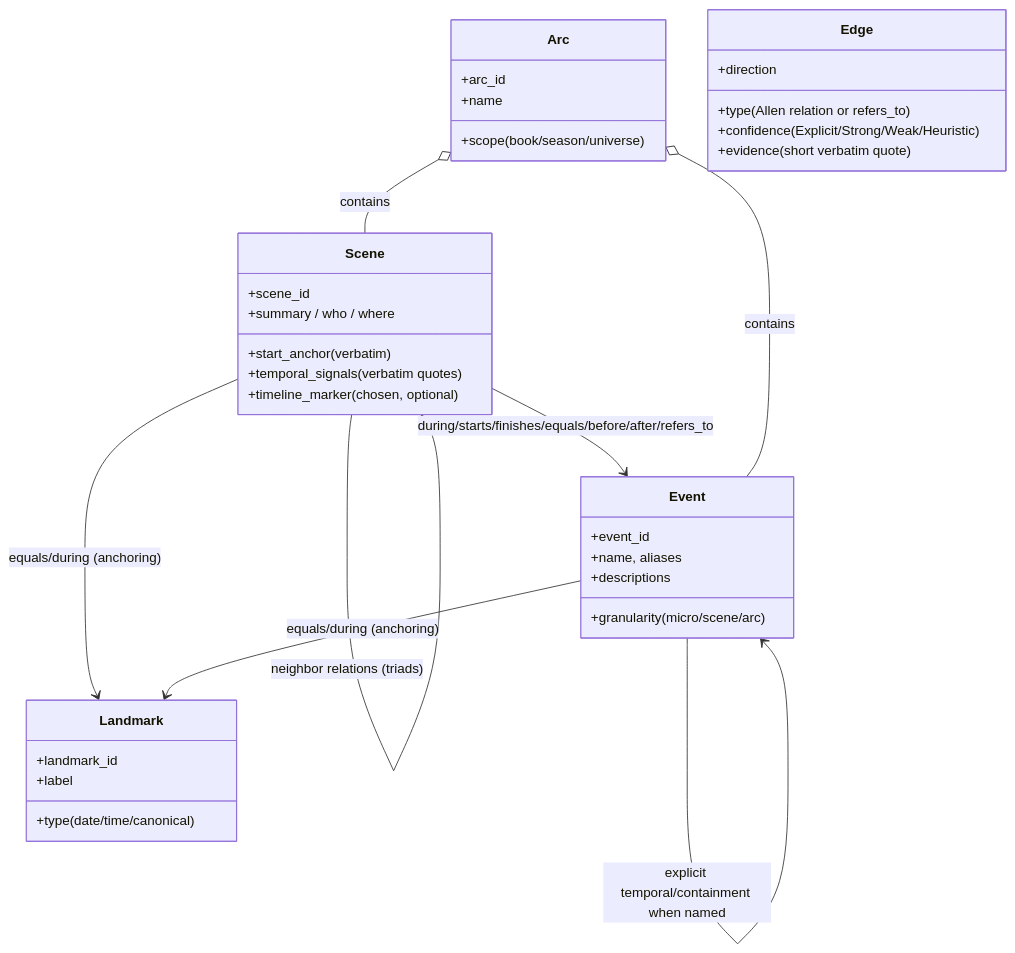
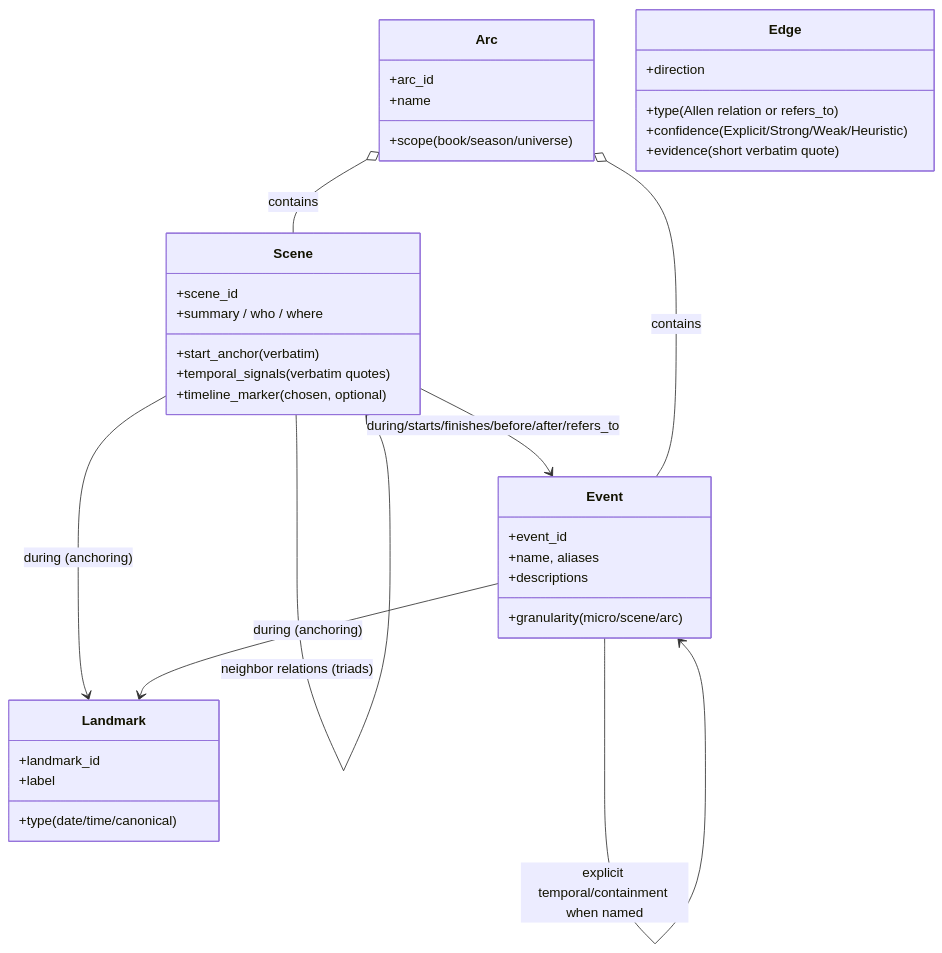
Before and after one commit to chaixdev/lorevault-kb: the first of 5 diagrams in docs/concepts/Narrative event DAG.md, drawn with Mermaid. The commit also changed other lines of this file and 3 other files, not shown here.

````diff
--- a/docs/concepts/Narrative event DAG.md
+++ b/docs/concepts/Narrative event DAG.md
@@ -26,40 +26,40 @@
 ```mermaid
 classDiagram
   class Scene {
     +scene_id
     +start_anchor (verbatim)
     +summary / who / where
     +temporal_signals (verbatim quotes)
     +timeline_marker (chosen, optional)
   }
   class Event {
     +event_id
     +name, aliases
     +granularity (micro/scene/arc)
     +descriptions
   }
   class Landmark {
     +landmark_id
     +type (date/time/canonical)
     +label
   }
   class Arc {
     +arc_id
     +name
     +scope (book/season/universe)
   }
   class Edge {
     +type (Allen relation or refers_to)
     +direction
     +confidence (Explicit/Strong/Weak/Heuristic)
     +evidence (short verbatim quote)
   }
 
   Scene --> Scene : neighbor relations (triads)
-  Scene --> Event : during/starts/finishes/equals/before/after/refers_to
+Scene --> Event : during/starts/finishes/before/after/refers_to
   Event --> Event : explicit temporal/containment when named
-  Scene --> Landmark : equals/during (anchoring)
-  Event --> Landmark : equals/during (anchoring)
+Scene --> Landmark : during (anchoring)
+Event --> Landmark : during (anchoring)
   Arc o-- Event : contains
   Arc o-- Scene : contains
 ```
````
